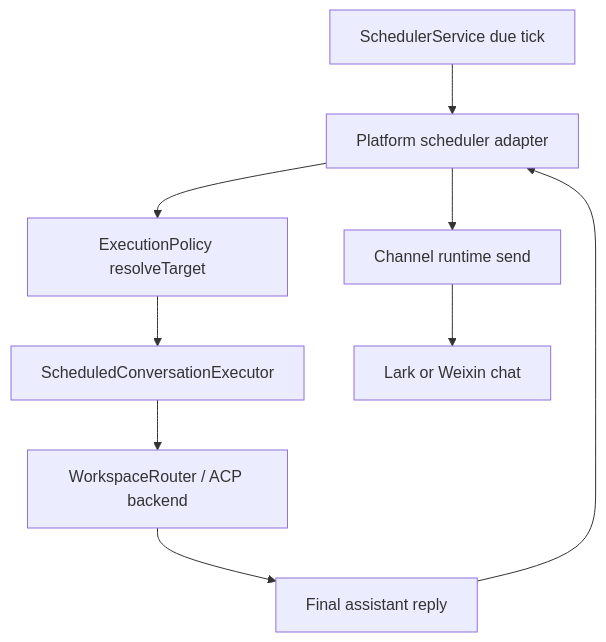
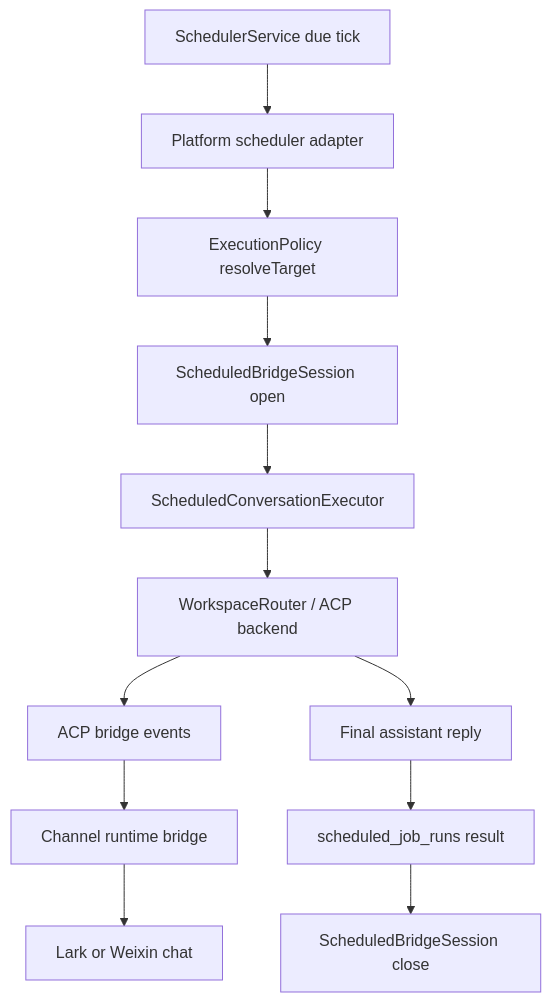
One commit to helloimcx/agentdock changed the second of 2 diagrams in docs/architecture/scheduled-delivery.md. Above: the diagram before and after it, drawn with Mermaid. The commit also changed other lines of this file and 4 other files, not shown here.

Commit message:
feat: 更新调度任务架构文档，添加 Lark/Weixin 渠道的执行策略和交付模式说明

````diff
--- a/docs/architecture/scheduled-delivery.md
+++ b/docs/architecture/scheduled-delivery.md
@@ -66,11 +68,14 @@
 ```mermaid
 flowchart TD
   Tick[SchedulerService due tick] --> Adapter[Platform scheduler adapter]
   Adapter --> Policy[ExecutionPolicy resolveTarget]
-  Policy --> Executor[ScheduledConversationExecutor]
+  Policy --> Bridge[ScheduledBridgeSession open]
+  Bridge --> Executor[ScheduledConversationExecutor]
   Executor --> ACP[WorkspaceRouter / ACP backend]
+  ACP --> Events[ACP bridge events]
+  Events --> Channel[Channel runtime bridge]
+  Channel --> Target[Lark or Weixin chat]
   ACP --> Reply[Final assistant reply]
-  Reply --> Adapter
-  Adapter --> Channel[Channel runtime send]
-  Channel --> Target[Lark or Weixin chat]
+  Reply --> Run[scheduled_job_runs result]
+  Run --> Close[ScheduledBridgeSession close]
 ```
````
